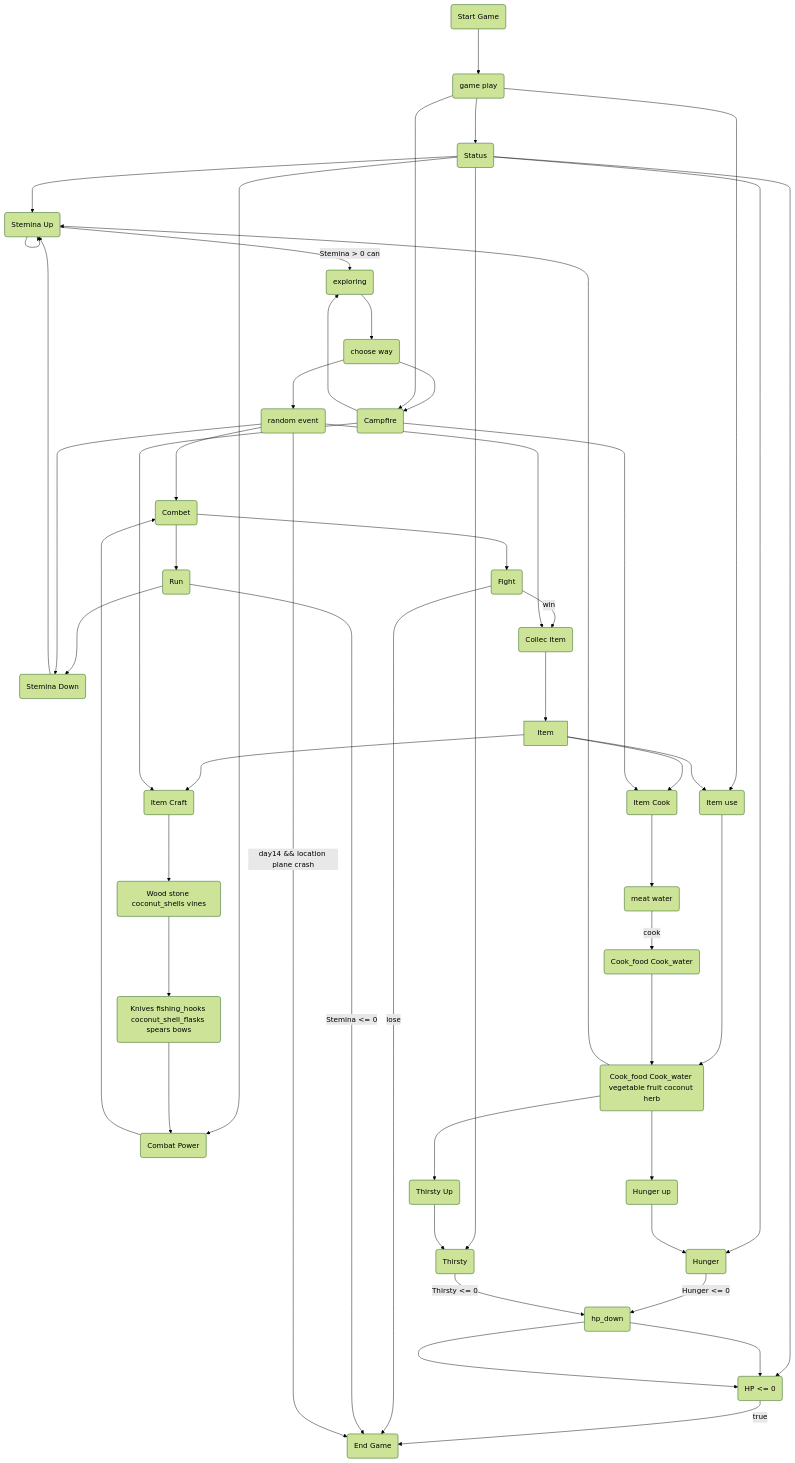
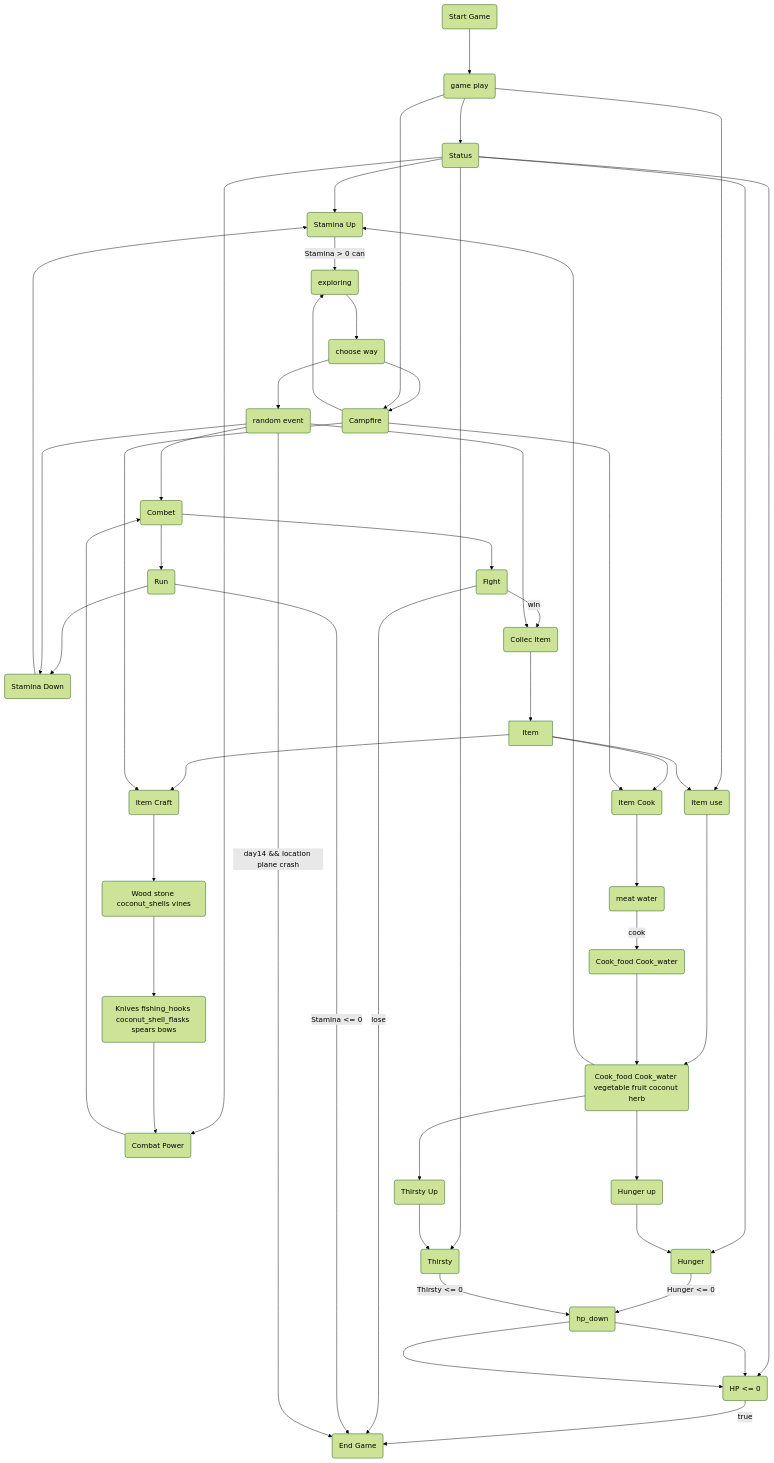
One commit to SSProgamer/C-Project changed the diagram in need me.md. Above: the diagram before and after it, drawn with Mermaid (forest theme). The commit also changed other lines of this file, not shown here.

Commit message:
Update need me.md

````diff
--- a/need me.md
+++ b/need me.md
@@ -35,30 +35,30 @@
 ```mermaid
 flowchart TD
 start(Start Game) ---> ingame(game play)
 ingame ---> status(Status) --->hp
-status ---> Stemina(Stemina) -- Stemina > 0 can--> explore
+status ---> Stamina(Stamina) -- Stamina > 0 can--> explore
 status ---> Hunger(Hunger) --Hunger <= 0--> hp_down(hp_down) ---> hp
 status ---> Thirsty(Thirsty) --Thirsty <= 0--> hp_down(hp_down) ---> hp
 status ---> combatpower(Combat Power) --> combet
 hp(HP <= 0) --true--> e(End Game)
 
 campfire ---> explore(exploring) ---> way(choose way) ---> event(random event)
 way ---> campfire
 event ----> combet(Combet)
 combet ---> fight(Fight) --win--> collectitem(Collec Item)
 fight(Fight) --lose--> e
-combet ---> run(Run) ---> Steminadown(Stemina Down) --> Stemina
-run(Run) --Stemina <= 0--> e
-event ---> Steminadown(Stemina Down)
+combet ---> run(Run) ---> Staminadown(Stamina Down) --> Stamina
+run(Run) --Stamina <= 0--> e
+event ---> Staminadown(Stamina Down)
 event --day14 && location plane crash--> e(End Game)
 event(random event) ----> collectitem(Collec Item) ---> Item
 ingame ---> Itemuse(Item use)
 Item ---> Itemuse ---> Itemuseable(Cook_food Cook_water vegetable fruit coconut herb) --->Hungerup(Hunger up) ---> Hunger
 Itemuseable ---> Thirstyup(Thirsty Up) ---> Thirsty
-Itemuseable ---> Stemina(Stemina Up) ---> Stemina
+Itemuseable ---> Stamina(Stamina Up)
 Item ---> Itemcraft(Item Craft) ---> Itemcraftable(Wood stone coconut_shells vines) ---> equipment(Knives fishing_hooks coconut_shell_flasks spears bows) ---> combatpower
 Item ---> Itemcook(Item Cook) ---> Itemcookable(meat water) --cook--> foodcook(Cook_food Cook_water) --->Itemuseable
 ingame ---> campfire(Campfire)
 campfire(Campfire) ---> Itemcraft(Item Craft)
 campfire(Campfire) ---> Itemcook(Item Cook)
 ```
````
